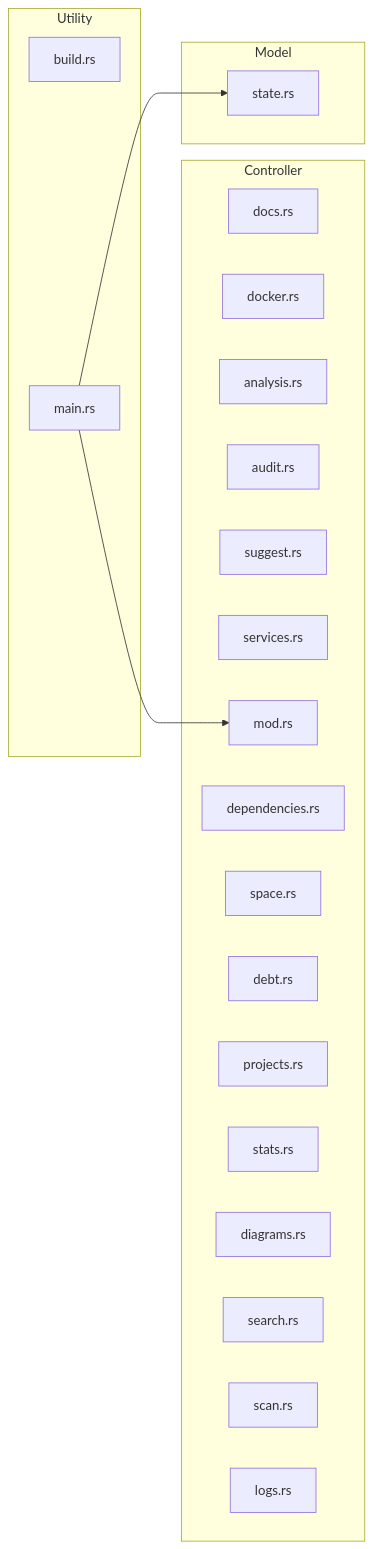
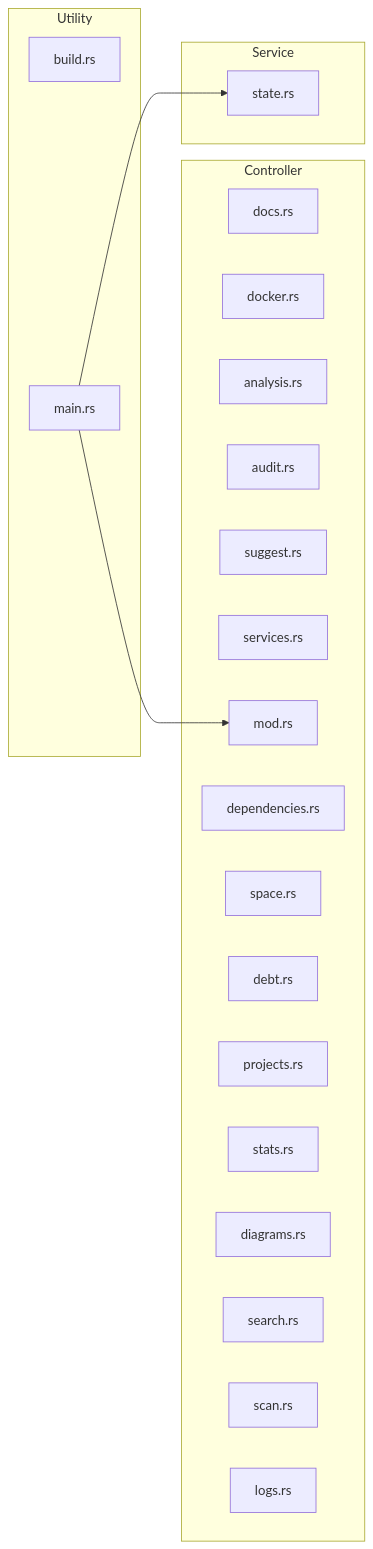
The sixth of 8 diagrams in void-stack-analysis.md (Mague/void-stack), drawn with Mermaid before and after one commit. The commit also changed other lines of this file and 10 other files, not shown here.

````diff
--- a/void-stack-analysis.md
+++ b/void-stack-analysis.md
@@ -1167,30 +1167,30 @@
 ```mermaid
 graph LR
     subgraph controller ["Controller"]
         src_commands_docs_rs["docs.rs"]
         src_commands_docker_rs["docker.rs"]
         src_commands_analysis_rs["analysis.rs"]
         src_commands_audit_rs["audit.rs"]
         src_commands_suggest_rs["suggest.rs"]
         src_commands_services_rs["services.rs"]
         src_commands_mod_rs["mod.rs"]
         src_commands_dependencies_rs["dependencies.rs"]
         src_commands_space_rs["space.rs"]
         src_commands_debt_rs["debt.rs"]
         src_commands_projects_rs["projects.rs"]
         src_commands_stats_rs["stats.rs"]
         src_commands_diagrams_rs["diagrams.rs"]
         src_commands_search_rs["search.rs"]
         src_commands_scan_rs["scan.rs"]
         src_commands_logs_rs["logs.rs"]
     end
-    subgraph model ["Model"]
+    subgraph service ["Service"]
         src_state_rs["state.rs"]
     end
     subgraph utility ["Utility"]
         build_rs["build.rs"]
         src_main_rs["main.rs"]
     end
     src_main_rs --> src_commands_mod_rs
     src_main_rs --> src_state_rs
 ```
````
